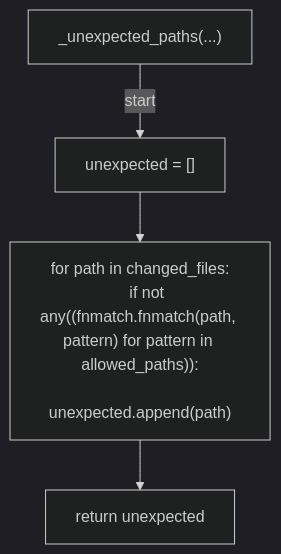
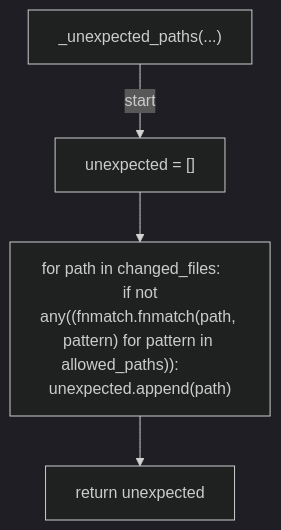
Before and after one commit to tvna/claude-md: diagram 11 of 20 in docs/generated/scripts/ast/dependabot_automerge.md, drawn with Mermaid (dark theme). The commit also changed other lines of this file and 30 other files, not shown here.

First line of the commit message:
docs(generated): regenerate decision tree and workflow diagrams (batch 2/5)

````diff
--- a/docs/generated/scripts/ast/dependabot_automerge.md
+++ b/docs/generated/scripts/ast/dependabot_automerge.md
@@ -300,12 +293,10 @@
 ```mermaid
 flowchart TD
     N001["_unexpected_paths(...)"]
     N002["unexpected = []"]
-    N003["for path in changed_files:
-    if not any((fnmatch.fnmatch(path, pattern) for pattern in allowed_paths)):
-        unexpected.append(path)"]
+    N003["for path in changed_files:     if not any((fnmatch.fnmatch(path, pattern) for pattern in allowed_paths)):         unexpected.append(path)"]
     N004["return unexpected"]
     N001 -->|"start"| N002
     N002 --> N003
     N003 --> N004
 ```
````
